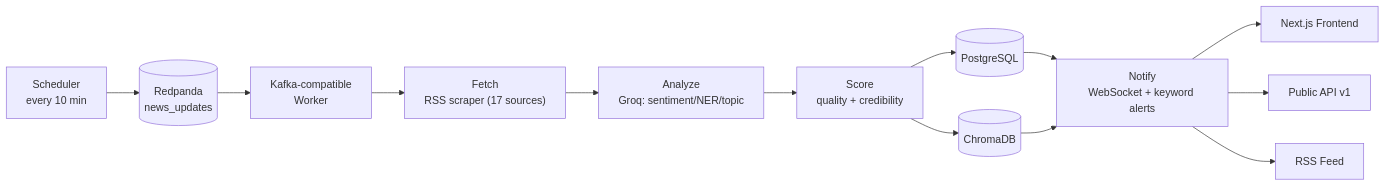
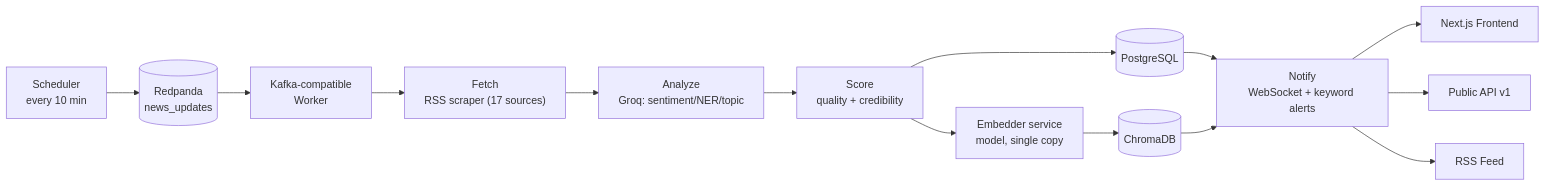
One commit to MaviMakumba/NexStream-News-Engine changed the second of 4 diagrams in README.md. Above: the diagram before and after it, drawn with Mermaid. The commit also changed other lines of this file and 1 other file, not shown here.

First line of the commit message:
docs: embedder servisi + v2.0 RAM optimizasyonu dokumantasyonu

````diff
--- a/README.md
+++ b/README.md
@@ -107,15 +108,16 @@
 ```mermaid
 flowchart LR
     SCHED["Scheduler<br/>every 10 min"] --> TOPIC[("Redpanda<br/>news_updates")]
     TOPIC --> WORKER["Kafka-compatible<br/>Worker"]
     WORKER --> FETCH["Fetch<br/>RSS scraper (17 sources)"]
     FETCH --> ANALYZE["Analyze<br/>Groq: sentiment/NER/topic"]
     ANALYZE --> SCORE["Score<br/>quality + credibility"]
     SCORE --> DB[("PostgreSQL")]
-    SCORE --> VEC[("ChromaDB")]
+    SCORE --> EMB["Embedder service<br/>model, single copy"]
+    EMB --> VEC[("ChromaDB")]
     DB --> NOTIFY["Notify<br/>WebSocket + keyword alerts"]
     VEC --> NOTIFY
     NOTIFY --> FE["Next.js Frontend"]
     NOTIFY --> API1["Public API v1"]
     NOTIFY --> RSS["RSS Feed"]
 ```
````
